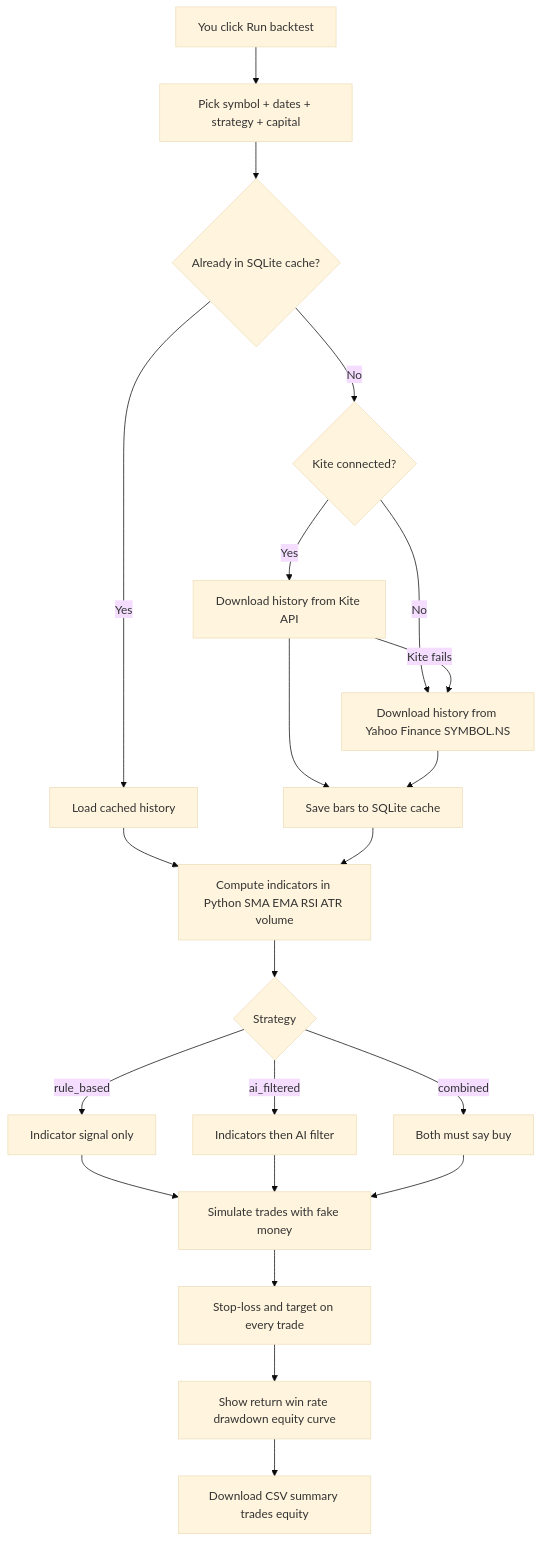
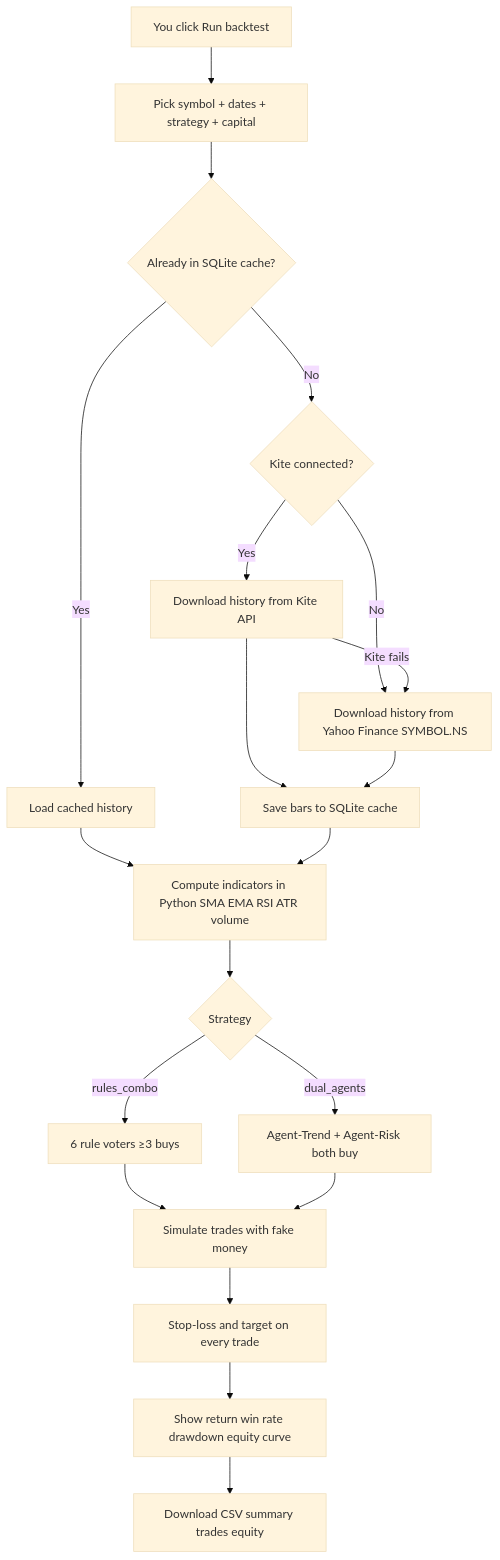
The second of 2 diagrams in README.md (shaikssam65/NOT_BACKTEST), drawn with Mermaid (base theme) before and after one commit. The commit also changed other lines of this file and 12 other files, not shown here.

First line of the commit message:
Simplify to two strategies: rules_combo (6 voters) and dual_agents.

````diff
--- a/README.md
+++ b/README.md
@@ -155,24 +144,22 @@
 ```mermaid
 flowchart TD
   A[You click Run backtest] --> B[Pick symbol + dates + strategy + capital]
   B --> C{Already in SQLite cache?}
   C -->|Yes| D[Load cached history]
   C -->|No| E{Kite connected?}
   E -->|Yes| F[Download history from Kite API]
   E -->|No| G[Download history from Yahoo Finance SYMBOL.NS]
   F -->|Kite fails| G
   F --> H[Save bars to SQLite cache]
   G --> H
   D --> I[Compute indicators in Python SMA EMA RSI ATR volume]
   H --> I
   I --> J{Strategy}
-  J -->|rule_based| K[Indicator signal only]
-  J -->|ai_filtered| L[Indicators then AI filter]
-  J -->|combined| M[Both must say buy]
+  J -->|rules_combo| K[6 rule voters ≥3 buys]
+  J -->|dual_agents| L[Agent-Trend + Agent-Risk both buy]
   K --> N[Simulate trades with fake money]
   L --> N
-  M --> N
   N --> O[Stop-loss and target on every trade]
   O --> P[Show return win rate drawdown equity curve]
   P --> Q[Download CSV summary trades equity]
 ```
````
